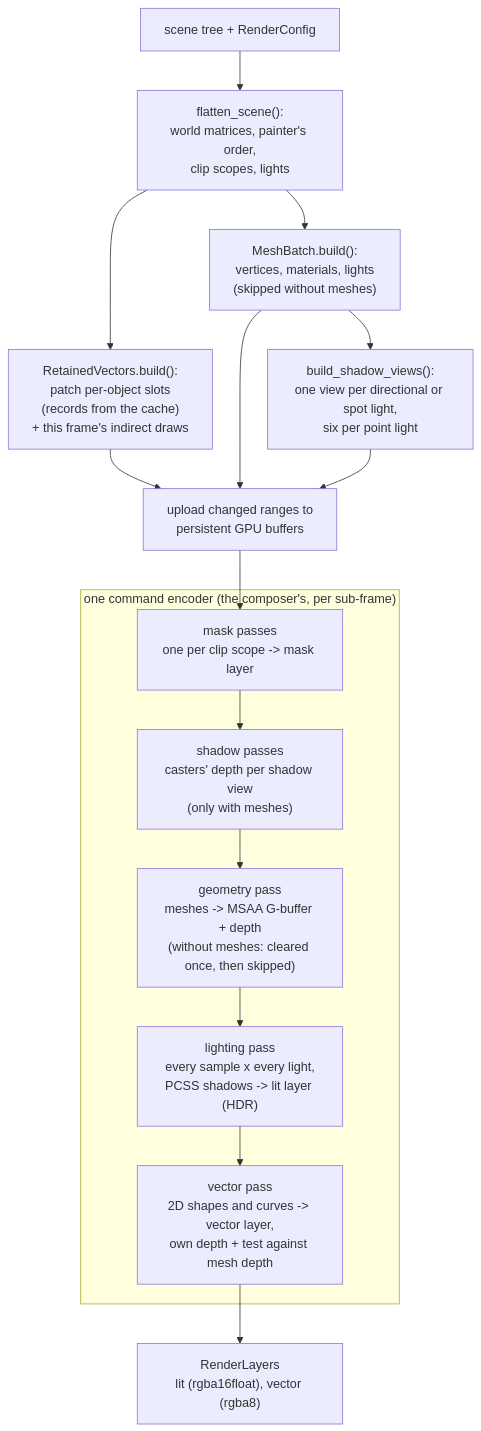
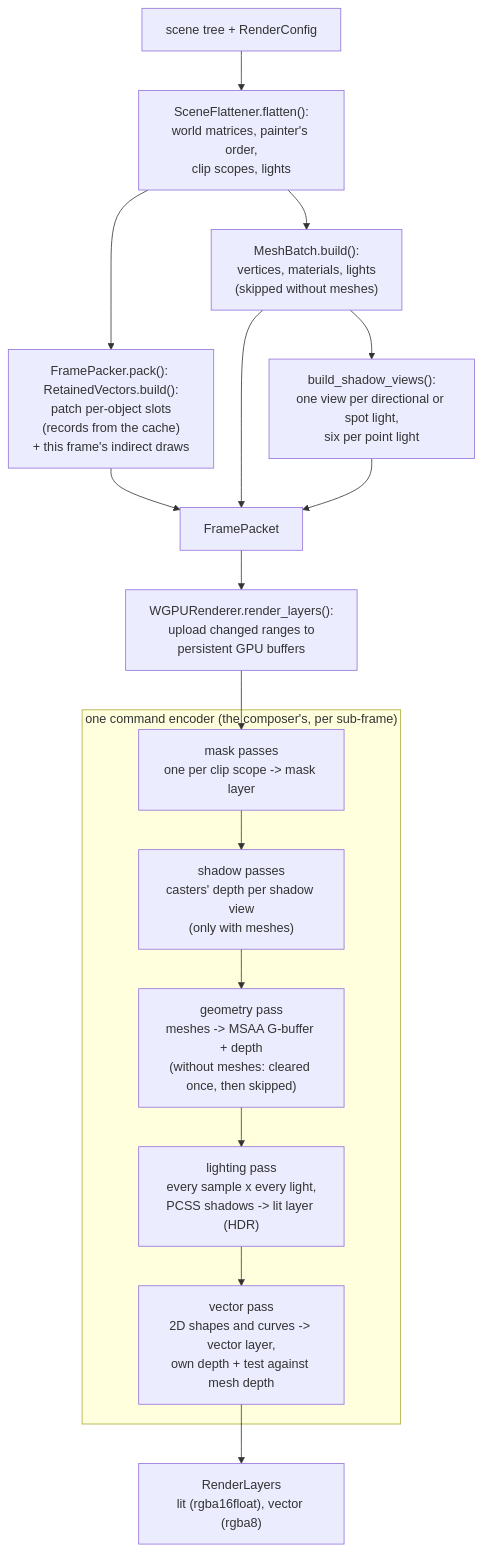
The third of 7 diagrams in manimx/manimx/renderer/README.md (MrDiver/manim), drawn with Mermaid before and after one commit. The commit also changed other lines of this file and 31 other files, not shown here.

````diff
--- a/manimx/manimx/renderer/README.md
+++ b/manimx/manimx/renderer/README.md
@@ -208,19 +241,20 @@
 ```mermaid
 flowchart TD
-    A["scene tree + RenderConfig"] --> B["flatten_scene():<br/>world matrices, painter's order,<br/>clip scopes, lights"]
-    B --> C["RetainedVectors.build():<br/>patch per-object slots<br/>(records from the cache)<br/>+ this frame's indirect draws"]
+    A["scene tree + RenderConfig"] --> B["SceneFlattener.flatten():<br/>world matrices, painter's order,<br/>clip scopes, lights"]
+    B --> C["FramePacker.pack(): RetainedVectors.build():<br/>patch per-object slots<br/>(records from the cache)<br/>+ this frame's indirect draws"]
     B --> D["MeshBatch.build():<br/>vertices, materials, lights<br/>(skipped without meshes)"]
     D --> E["build_shadow_views():<br/>one view per directional or spot light,<br/>six per point light"]
-    C & D & E --> F["upload changed ranges to<br/>persistent GPU buffers"]
+    C & D & E --> K["FramePacket"]
+    K --> F["WGPURenderer.render_layers():<br/>upload changed ranges to<br/>persistent GPU buffers"]
     F --> P1
 
     subgraph GPU["one command encoder (the composer's, per sub-frame)"]
         P1["mask passes<br/>one per clip scope -> mask layer"] --> P2
         P2["shadow passes<br/>casters' depth per shadow view<br/>(only with meshes)"] --> P3
         P3["geometry pass<br/>meshes -> MSAA G-buffer + depth<br/>(without meshes: cleared once, then skipped)"] --> P4
         P4["lighting pass<br/>every sample x every light,<br/>PCSS shadows -> lit layer (HDR)"] --> P5
         P5["vector pass<br/>2D shapes and curves -> vector layer,<br/>own depth + test against mesh depth"]
     end
 
     P5 --> L["RenderLayers<br/>lit (rgba16float), vector (rgba8)"]
 ```
````
